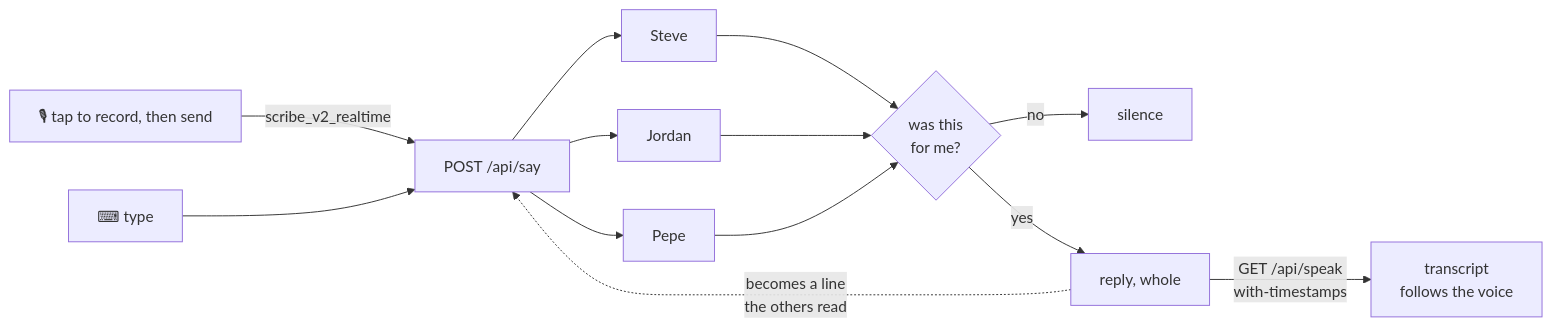
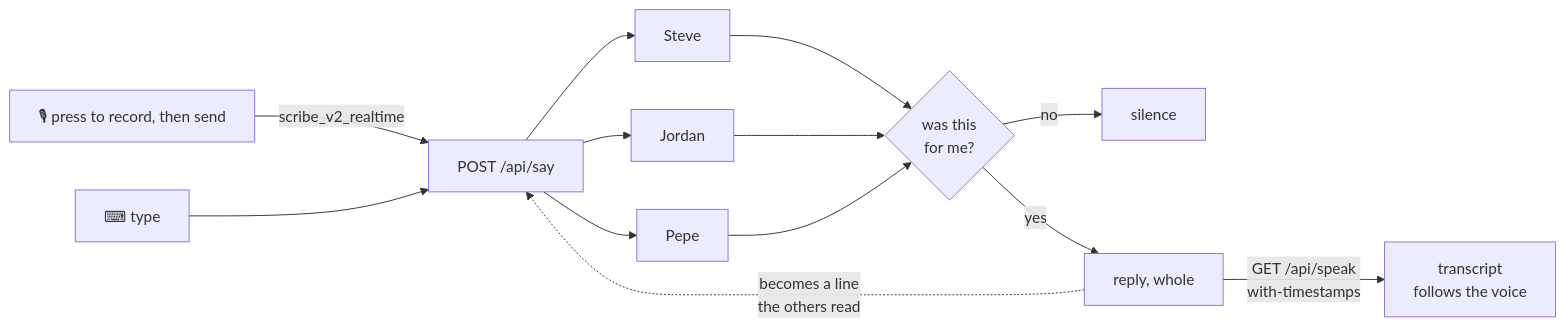
Before and after one commit to humanagent/count-to-100: the diagram in README.md, drawn with Mermaid. The commit also changed other lines of this file and 10 other files, not shown here.

````diff
--- a/README.md
+++ b/README.md
@@ -47,20 +32,20 @@
 ```mermaid
 flowchart LR
-  mic["🎙 tap to record, then send"] -->|scribe_v2_realtime| say
+  mic["🎙 press to record, then send"] -->|scribe_v2_realtime| say
   type["⌨ type"] --> say["POST /api/say"]
 
   say --> steve["Steve"]
   say --> jordan["Jordan"]
   say --> pepe["Pepe"]
 
   steve --> gate{"was this<br/>for me?"}
   jordan --> gate
   pepe --> gate
 
   gate -->|no| quiet["silence"]
   gate -->|yes| reply["reply, whole"]
 
   reply -->|"GET /api/speak<br/>with-timestamps"| room["transcript<br/>follows the voice"]
 
   reply -.->|becomes a line<br/>the others read| say
 ```
````
